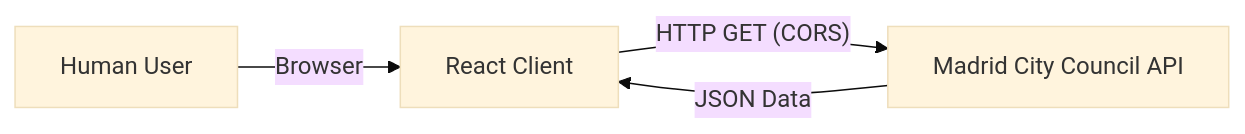
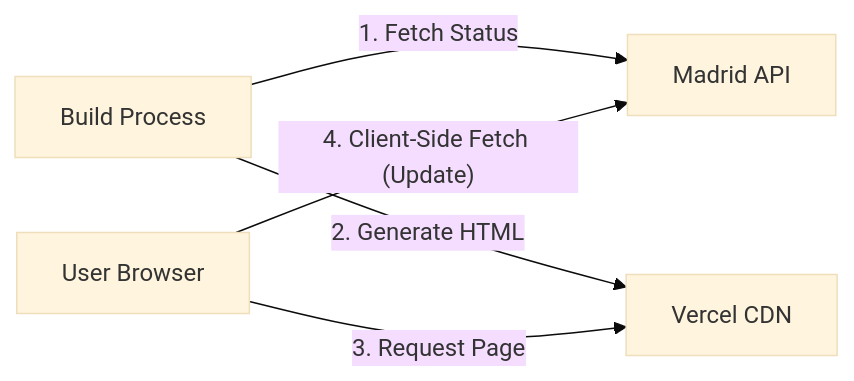
The diagram in SDD.md (james2406/is-retiro-open), drawn with Mermaid (base theme) before and after one commit. The commit also changed other lines of this file and 8 other files, not shown here.

First line of the commit message:
refactor: architecture repair and SSG optimization

````diff
--- a/SDD.md
+++ b/SDD.md
@@ -23,6 +28,7 @@
 ```mermaid
 graph LR
-    User[Human User] -- Browser --> Client[React Client]
-    Client -- HTTP GET (CORS) --> API[Madrid City Council API]
-    API -- JSON Data --> Client
+    Build[Build Process] -- 1. Fetch Status --> API[Madrid API]
+    Build -- 2. Generate HTML --> Vercel[Vercel CDN]
+    User[User Browser] -- 3. Request Page --> Vercel
+    User -- 4. Client-Side Fetch (Update) --> API
 ```
````
